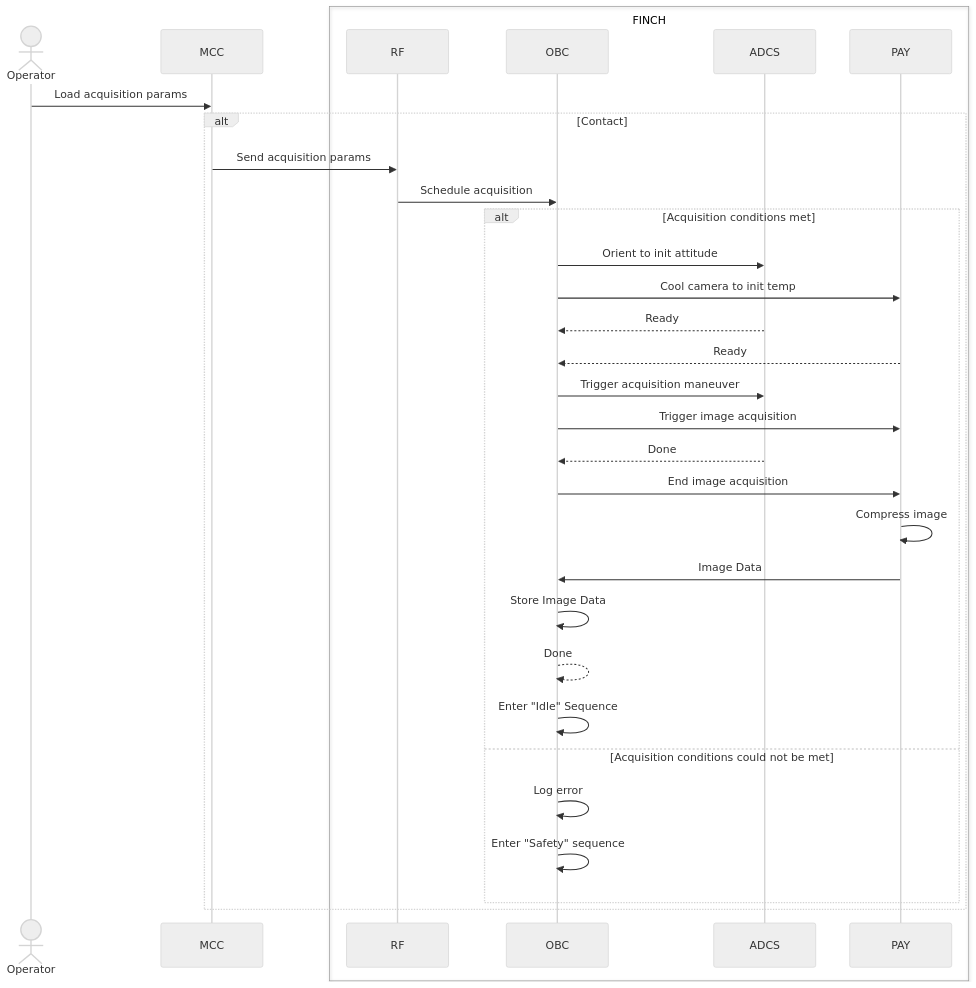
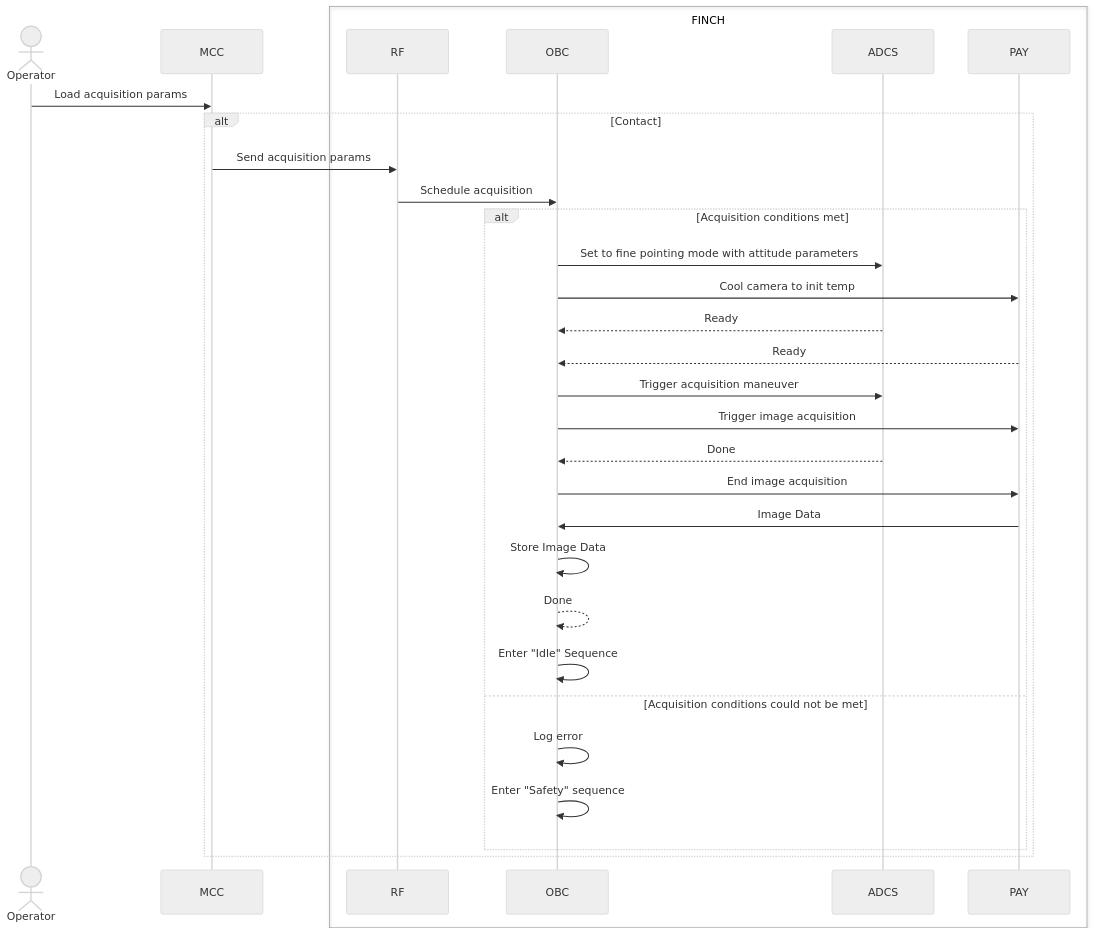
The diagram in command sequences/acquisition-command.md (utat-ss/FINCH-sequence-diagrams), drawn with Mermaid (neutral theme) before and after one commit.

````diff
--- a/command sequences/acquisition-command.md
+++ b/command sequences/acquisition-command.md
@@ -2,45 +2,44 @@
 ```mermaid
 sequenceDiagram
     Actor Operator
     participant MCC
     box FINCH
         participant RF
         participant OBC
         participant ADCS
         participant PAY
     end
 
     Operator->>MCC: Load acquisition params
     alt Contact
         MCC->>RF: Send acquisition params
 
         RF->>OBC: Schedule acquisition
 
         alt Acquisition conditions met
-            OBC->>ADCS: Orient to init attitude
+            OBC->>ADCS: Set to fine pointing mode with attitude parameters
             OBC->>PAY: Cool camera to init temp
             ADCS-->>OBC: Ready
             PAY-->>OBC: Ready
 
             OBC->>ADCS: Trigger acquisition maneuver
             OBC->>PAY: Trigger image acquisition
             ADCS-->>OBC: Done
             OBC->>PAY: End image acquisition
-            PAY->>PAY: Compress image
             PAY->>OBC: Image Data
             OBC->>OBC: Store Image Data
             OBC-->>OBC: Done
             OBC->>OBC: Enter "Idle" Sequence
 
 
         else Acquisition conditions could not be met
             OBC->>OBC: Log error
             OBC->>OBC: Enter "Safety" sequence
 
         end
     end
 
 
     
 
 ```
````
